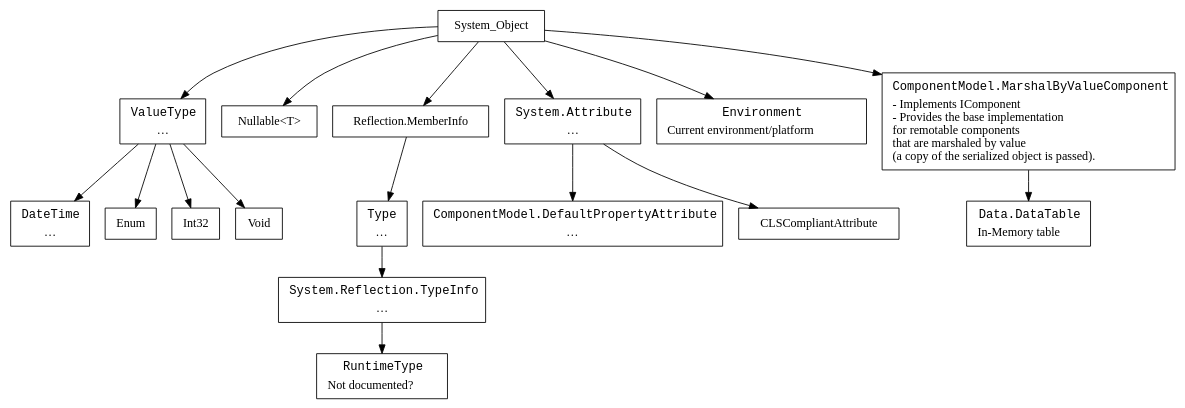
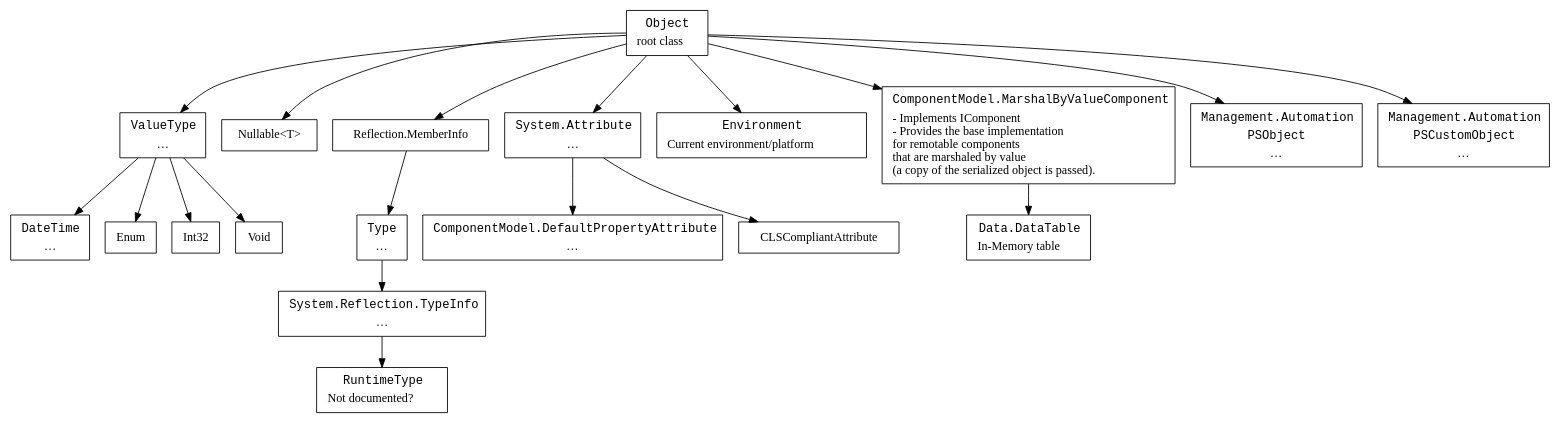
One commit to ReneNyffenegger/temp-dotNet changed the diagram in namespaces/hierarchy.dot. Above: the diagram before and after it, drawn with Graphviz. The commit also changed 8 other files, not shown here.

```diff
--- a/namespaces/hierarchy.dot
+++ b/namespaces/hierarchy.dot
@@ -1,63 +1,76 @@
 digraph hierarchy {
 
     node [ shape=box ]
    
-    System_Object;
+    System_Object[ label=< <table border="0"><tr><td align="text"><font face="Courier">Object</font></td></tr><tr><td align="text">root class<br align="left"/></td></tr></table> > ];
 
 
     System_ValueType [ label=< <table border="0"><tr><td align="text"><font face="Courier">ValueType</font></td></tr><tr><td>…</td></tr></table> > ];
     System_DateTime [ label=< <table border="0"><tr><td align="text"><font face="Courier">DateTime</font></td></tr><tr><td>…</td></tr></table> > ];
 
     System_Enum [ label = "Enum" ];
 
     System_Int32 [ label = "Int32" ];
 
     System_Void [ label = "Void" ];
 
     System_Nullable [ label = "Nullable<T>" ];
 
     System_Reflection_Memberinfo [ label = "Reflection.MemberInfo" ];
     System_Reflection_TypeInfo [ label=< <table border="0"><tr><td align="text"><font face="Courier">System.Reflection.TypeInfo</font></td></tr><tr><td>…</td></tr></table> > ];
 
     System_Type [ label=< <table border="0"><tr><td align="text"><font face="Courier">Type</font></td></tr><tr><td>…</td></tr></table> > ];
     System_Type -> System_Reflection_TypeInfo;
 
     System_Object -> System_ValueType;
 
     System_Object -> System_Nullable;
 
     System_Attribute [ label=< <table border="0"><tr><td align="text"><font face="Courier">System.Attribute</font></td></tr><tr><td>…</td></tr></table> > ];
     System_DefaultPropertyAttribute [ label=< <table border="0"><tr><td align="text"><font face="Courier">ComponentModel.DefaultPropertyAttribute</font></td></tr><tr><td>…</td></tr></table> > ];
     System_Environment [ label=< <table border="0"><tr><td align="text"><font face="Courier">Environment</font></td></tr><tr><td>Current environment/platform</td></tr></table> > ];
 
     System_ComponentModel_MarshalByValueComponent[ label=< <table border="0"><tr><td align="text"><font face="Courier">ComponentModel.MarshalByValueComponent</font></td></tr><tr><td align="text">- Implements IComponent<br align="left"/>- Provides the base implementation<br align="left"/>for remotable components<br align="left"/>that are marshaled by value <br align="left"/>(a copy of the serialized object is passed).<br align="left"/></td></tr></table> > ];
     System_Data_DataTable[ label=< <table border="0"><tr><td align="text"><font face="Courier">Data.DataTable</font></td></tr><tr><td align="text">In-Memory table<br align="left"/></td></tr></table> > ];
 
     System_ComponentModel_MarshalByValueComponent-> System_Data_DataTable;
 
+    System_Management_Automation_PSObject [ label=< <table border="0">
+       <tr><td align="text"><font face="Courier">Management.Automation</font></td></tr>
+       <tr><td align="text"><font face="Courier">PSObject</font></td></tr>
+       <tr><td>…</td></tr></table> > ];
+
+    System_Management_Automation_PSCusteomObject [ label=< <table border="0">
+       <tr><td align="text"><font face="Courier">Management.Automation</font></td></tr>
+       <tr><td align="text"><font face="Courier">PSCustomObject</font></td></tr>
+       <tr><td>…</td></tr></table> > ];
+
     System_CLSCompliantAttribute [ label = "CLSCompliantAttribute" ];
 
     System_ValueType -> System_Enum;
     System_ValueType -> System_DateTime;
 
     System_ValueType -> System_Int32;
 
     System_ValueType -> System_Void;
 
     System_Object -> System_Reflection_Memberinfo;
     System_Object -> System_Environment;
 
     System_Object -> System_Attribute;
 
     System_Attribute -> System_CLSCompliantAttribute;
     System_Attribute -> System_DefaultPropertyAttribute;
 
     System_Reflection_Memberinfo -> System_Type;
 
     System_RuntimeType [ label=< <table border="0"><tr><td align="text"><font face="Courier">RuntimeType</font></td></tr><tr><td>Not documented?</td></tr></table> > ];
     System_Reflection_TypeInfo -> System_RuntimeType;
 
     System_Object -> System_ComponentModel_MarshalByValueComponent;
 
+    System_Object -> System_Management_Automation_PSObject;
+    System_Object -> System_Management_Automation_PSCusteomObject;
+
 
 }
```
